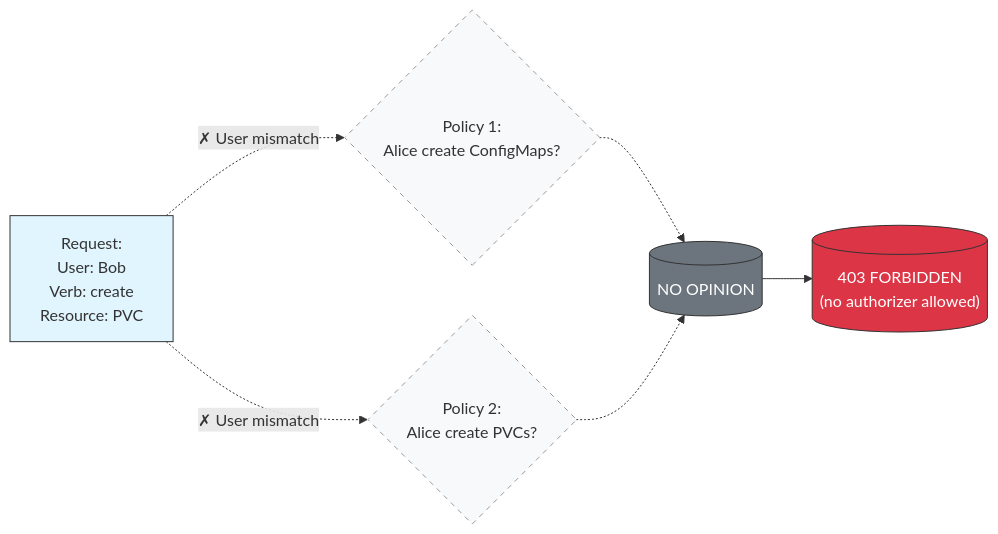
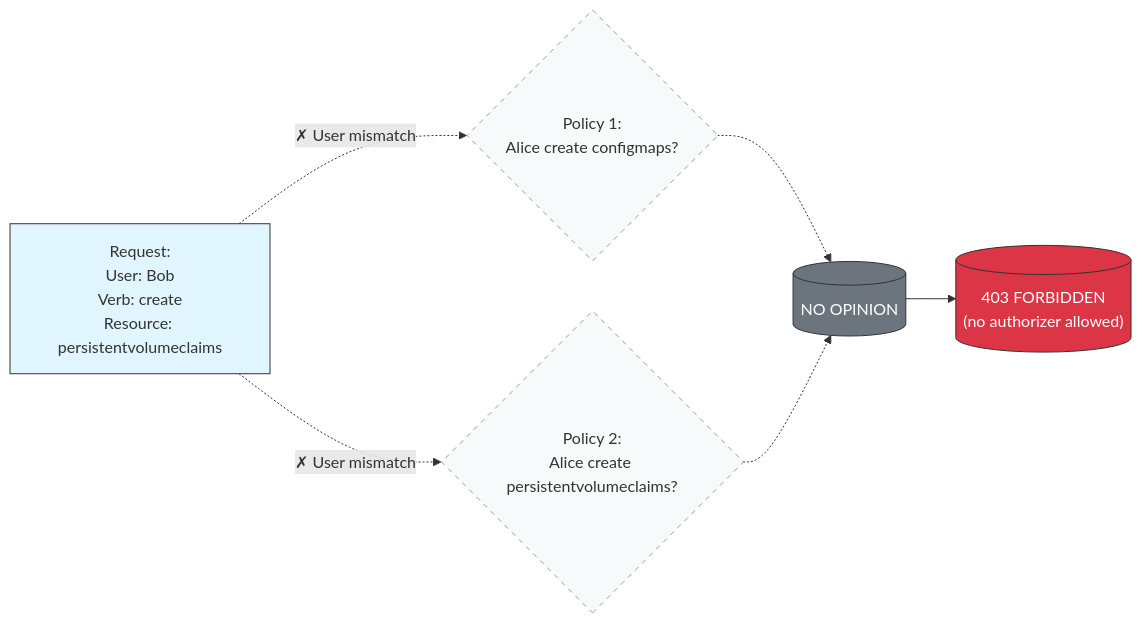
Before and after one commit to kubernetes/website: the third of 6 diagrams in content/en/docs/reference/access-authn-authz/authorization.md, drawn with Mermaid. The commit also changed other lines of this file and 1 other file, not shown here.

````diff
--- a/content/en/docs/reference/access-authn-authz/authorization.md
+++ b/content/en/docs/reference/access-authn-authz/authorization.md
@@ -558,22 +559,22 @@
 ```mermaid
 graph LR
-    Request["Request:<br/>User: Bob<br/>Verb: create<br/>Resource: PVC"]
+    Request["Request:<br/>User: Bob<br/>Verb: create<br/>Resource: persistentvolumeclaims"]
 
-    Policy1{"Policy 1:<br/>Alice create ConfigMaps?"}
-    Policy2{"Policy 2:<br/>Alice create PVCs?"}
+    Policy1{"Policy 1:<br/>Alice create configmaps?"}
+    Policy2{"Policy 2:<br/>Alice create persistentvolumeclaims?"}
 
     NoOpinion[("NO OPINION")]
     Deny[("403 FORBIDDEN<br/>(no authorizer allowed)")]
 
     Request -.->|"✗ User mismatch"| Policy1
     Request -.->|"✗ User mismatch"| Policy2
     Policy1 -.-> NoOpinion
     Policy2 -.-> NoOpinion
     NoOpinion --> Deny
 
     style Request fill:#e1f5ff,stroke:#333
     style Policy1 fill:#f8f9fa,stroke:#999,stroke-dasharray: 5 5
     style Policy2 fill:#f8f9fa,stroke:#999,stroke-dasharray: 5 5
     style NoOpinion fill:#6c757d,stroke:#333,color:#fff
     style Deny fill:#dc3545,stroke:#333,color:#fff
 ```
````
